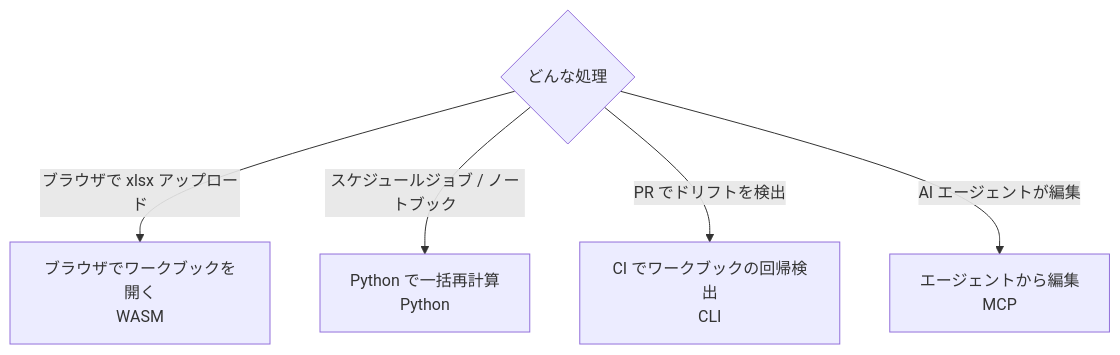
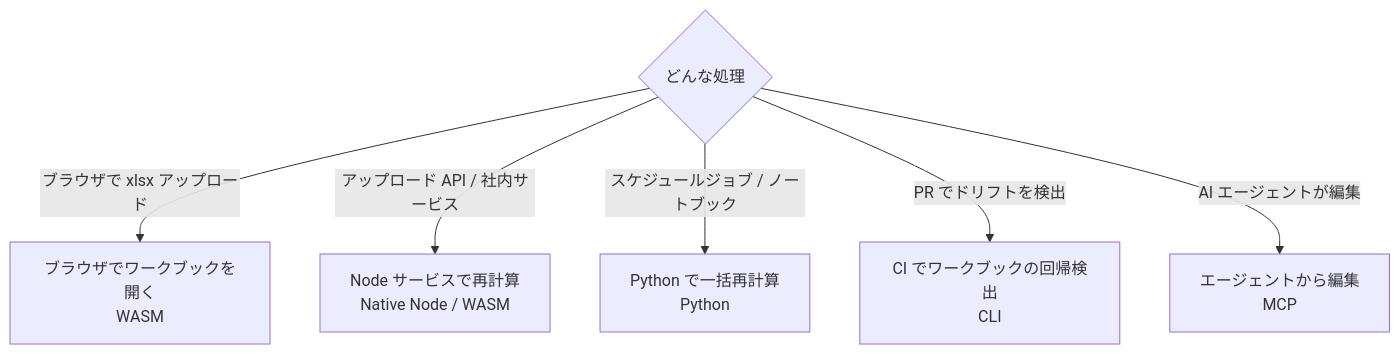
One commit to libraz/formulon-homepage changed the diagram in src/ja/scenarios/index.md. Above: the diagram before and after it, drawn with Mermaid. The commit also changed other lines of this file and 36 other files, not shown here.

````diff
--- a/src/ja/scenarios/index.md
+++ b/src/ja/scenarios/index.md
@@ -9,8 +9,9 @@
 ```mermaid
 flowchart TD
   Q{どんな処理}
   Q -->|ブラウザで xlsx アップロード| BU[ブラウザでワークブックを開く<br/>WASM]
+  Q -->|アップロード API / 社内サービス| NS[Node サービスで再計算<br/>Native Node / WASM]
   Q -->|スケジュールジョブ / ノートブック| PB[Python で一括再計算<br/>Python]
   Q -->|PR でドリフトを検出| CI[CI でワークブックの回帰検出<br/>CLI]
   Q -->|AI エージェントが編集| MCP[エージェントから編集<br/>MCP]
 ```
````
